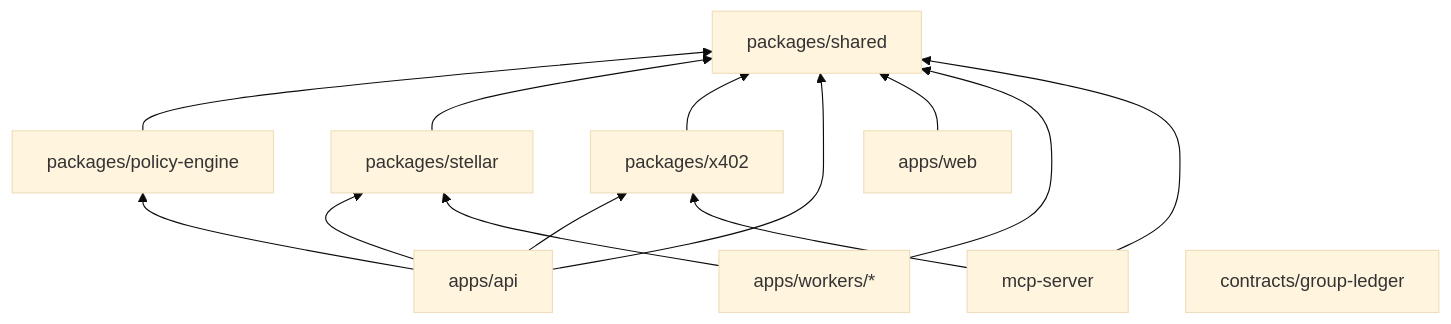
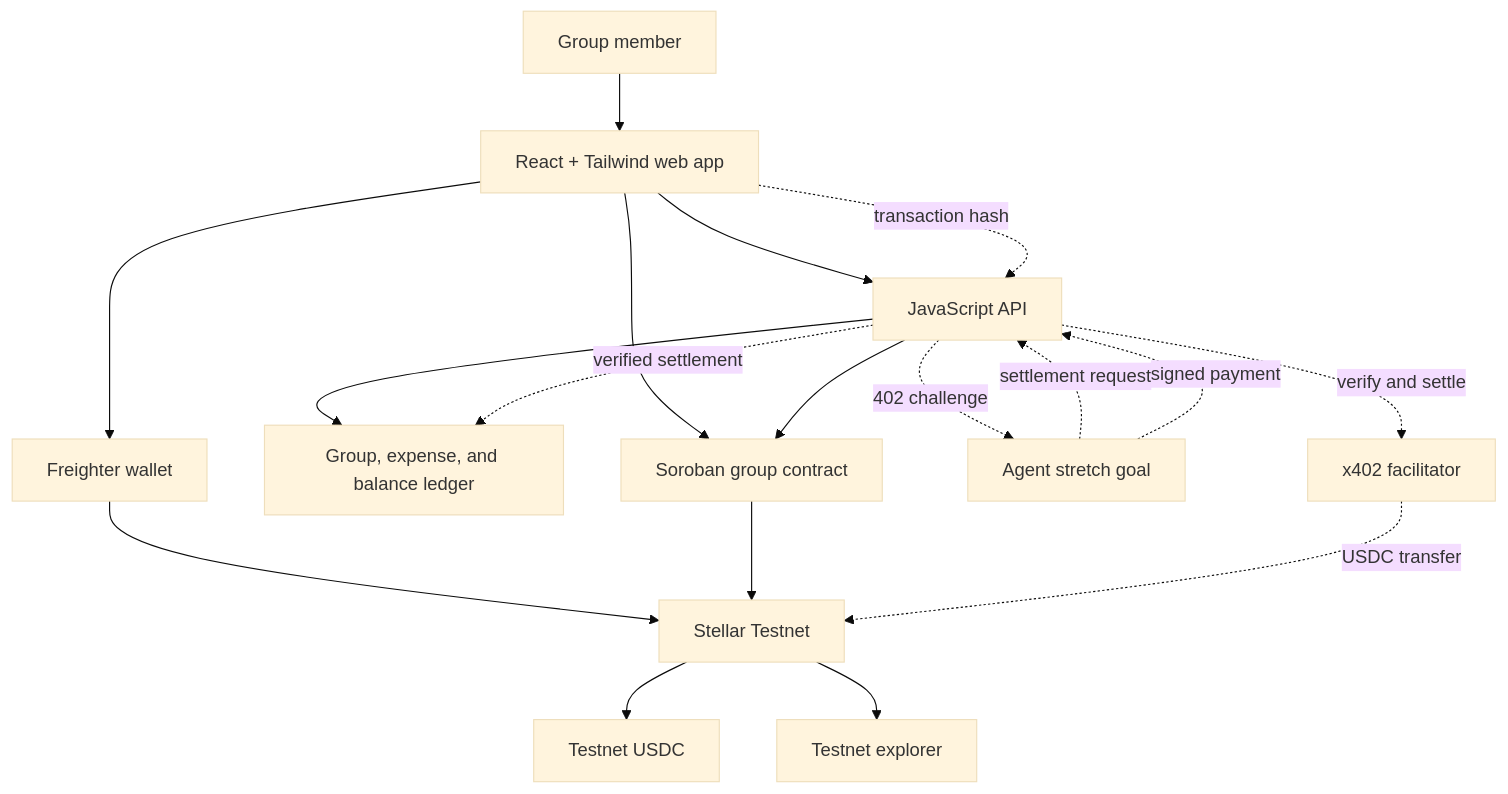
Before and after one commit to Michella-stack/Stellar-Split: the first of 2 diagrams in docs/ARCHITECTURE.md, drawn with Mermaid (base theme). The commit also changed other lines of this file and 41 other files, not shown here.

First line of the commit message:
updated architecture

````diff
--- a/docs/ARCHITECTURE.md
+++ b/docs/ARCHITECTURE.md
@@ -20,17 +36,24 @@
 ```mermaid
-flowchart BT
-    Shared[packages/shared]
-    Policy[packages/policy-engine] --> Shared
-    StellarAdapter[packages/stellar] --> Shared
-    X402[packages/x402] --> Shared
-    API[apps/api] --> Shared
-    API --> Policy
-    API --> StellarAdapter
-    API --> X402
-    Web[apps/web] --> Shared
-    Workers[apps/workers/*] --> Shared
-    Workers --> StellarAdapter
-    MCP[mcp-server] --> Shared
-    MCP --> X402
-    Contract[contracts/group-ledger]
+flowchart TD
+    User[Group member] --> Web[React + Tailwind web app]
+    Web --> Wallet[Freighter wallet]
+    Web --> API[JavaScript API]
+    API --> Ledger[Group, expense, and balance ledger]
+
+    Wallet --> Stellar[Stellar Testnet]
+    Stellar --> USDC[Testnet USDC]
+    Stellar --> Explorer[Testnet explorer]
+
+    Web -. transaction hash .-> API
+    API -. verified settlement .-> Ledger
+
+    Web --> Contract[Soroban group contract]
+    API --> Contract
+    Contract --> Stellar
+
+    Agent[Agent stretch goal] -. settlement request .-> API
+    API -. 402 challenge .-> Agent
+    Agent -. signed payment .-> API
+    API -. verify and settle .-> Facilitator[x402 facilitator]
+    Facilitator -. USDC transfer .-> Stellar
 ```
````
